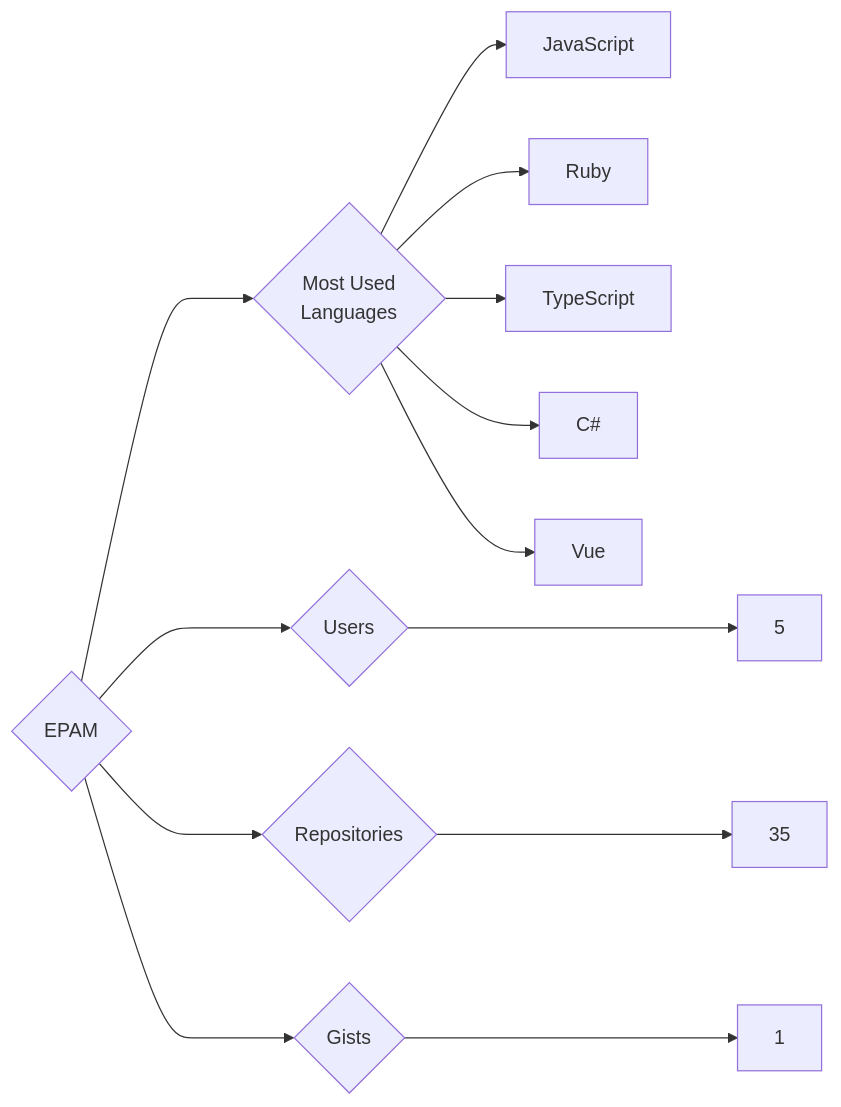
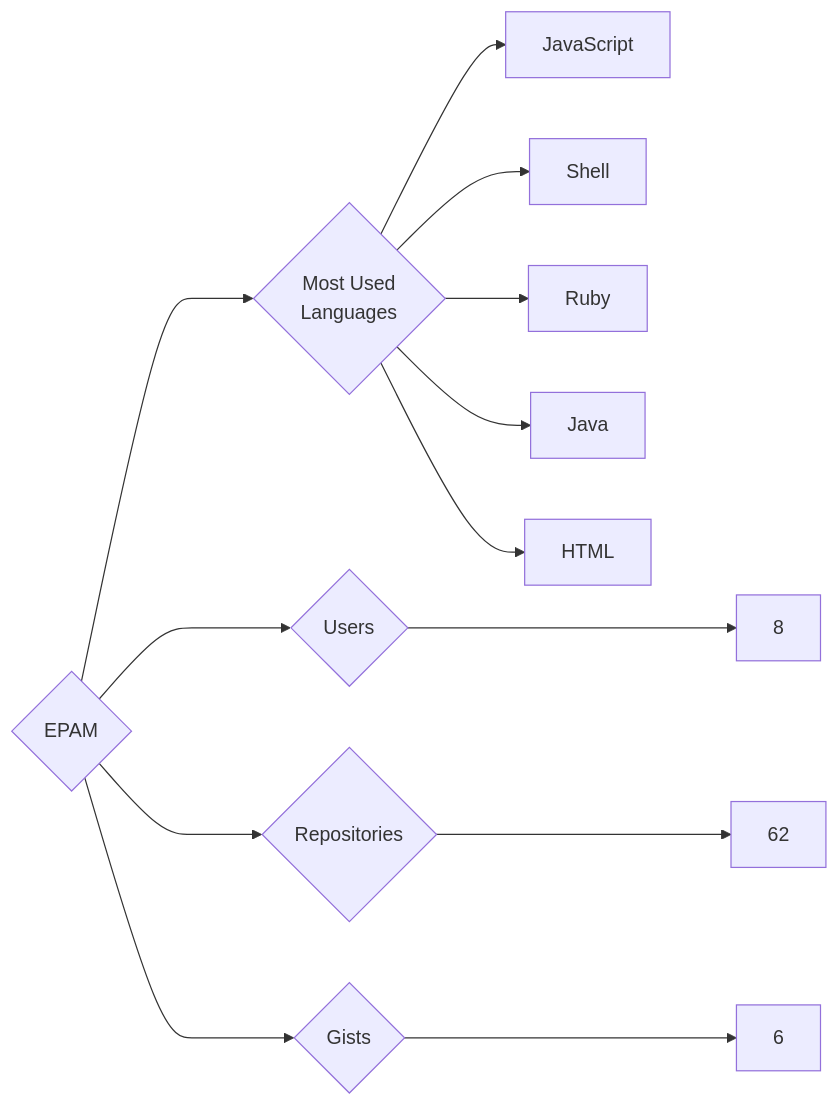
Before and after one commit to trickest/insiders: the diagram in targets/EPAM/README.md, drawn with Mermaid. The commit also changed 1055 other files, not shown here.

````diff
--- a/targets/EPAM/README.md
+++ b/targets/EPAM/README.md
@@ -3,13 +3,13 @@
 ```mermaid
 graph LR
 COMPANY_NAME{EPAM}
-COMPANY_NAME ---> U{Users} ---> UN[5]
-COMPANY_NAME ---> R{Repositories} ---> RN[35]
-COMPANY_NAME ---> G{Gists} ---> GN[1]
+COMPANY_NAME ---> U{Users} ---> UN[8]
+COMPANY_NAME ---> R{Repositories} ---> RN[62]
+COMPANY_NAME ---> G{Gists} ---> GN[6]
 COMPANY_NAME ---> ML{Most Used<br>Languages}
 ML --> JavaScript[JavaScript]
+ML --> Shell[Shell]
 ML --> Ruby[Ruby]
-ML --> TypeScript[TypeScript]
-ML --> C#[C#]
-ML --> Vue[Vue]
+ML --> Java[Java]
+ML --> HTML[HTML]
 ```
````
